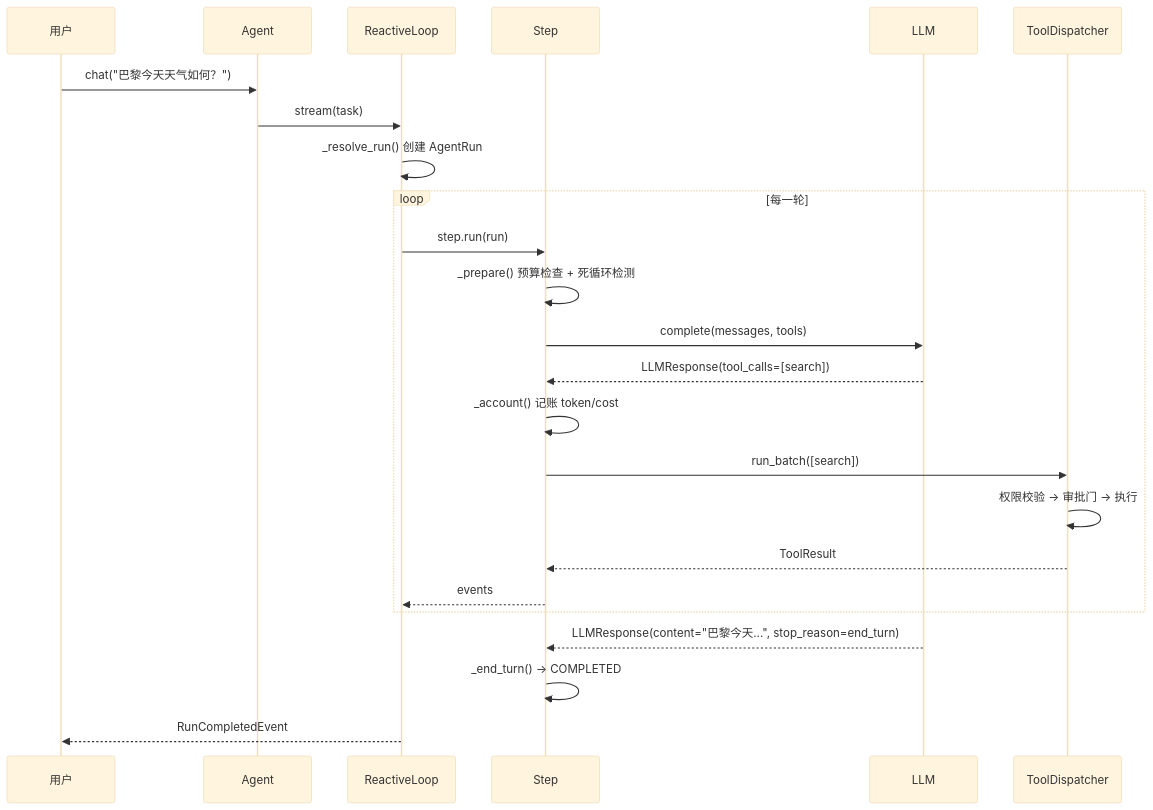
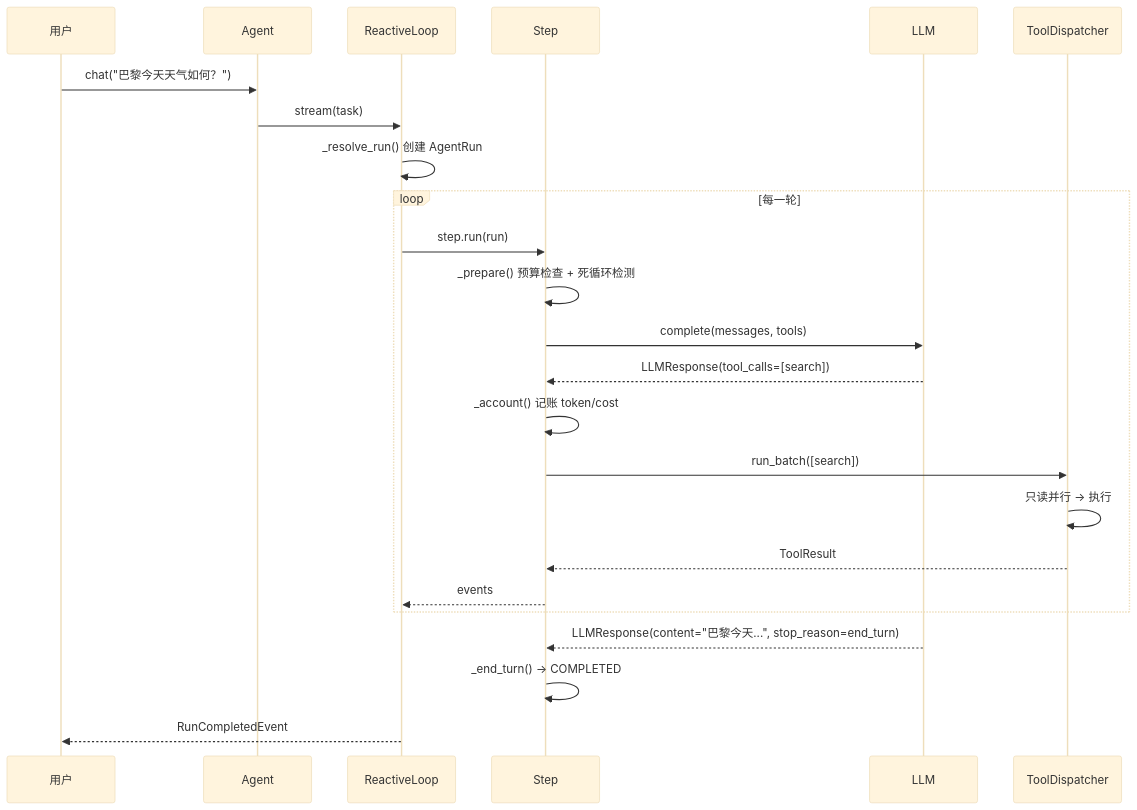
The diagram in docs/start.md (limenagent/prodagent), drawn with Mermaid (base theme) before and after one commit. The commit also changed other lines of this file and 28 other files, not shown here.

````diff
--- a/docs/start.md
+++ b/docs/start.md
@@ -36,27 +37,26 @@
 ```mermaid
 sequenceDiagram
     participant U as 用户
     participant A as Agent
     participant L as ReactiveLoop
     participant S as Step
     participant M as LLM
     participant T as ToolDispatcher
-
     U->>A: chat("巴黎今天天气如何？")
     A->>L: stream(task)
     L->>L: _resolve_run() 创建 AgentRun
     loop 每一轮
         L->>S: step.run(run)
         S->>S: _prepare() 预算检查 + 死循环检测
         S->>M: complete(messages, tools)
         M-->>S: LLMResponse(tool_calls=[search])
         S->>S: _account() 记账 token/cost
         S->>T: run_batch([search])
-        T->>T: 权限校验 → 审批门 → 执行
+        T->>T: 只读并行 → 执行
         T-->>S: ToolResult
         S-->>L: events
     end
     M-->>S: LLMResponse(content="巴黎今天...", stop_reason=end_turn)
     S->>S: _end_turn() → COMPLETED
     L-->>U: RunCompletedEvent
 ```
````
